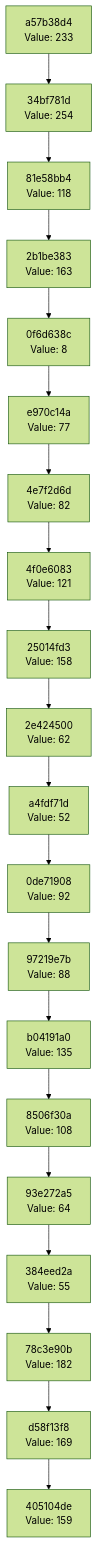
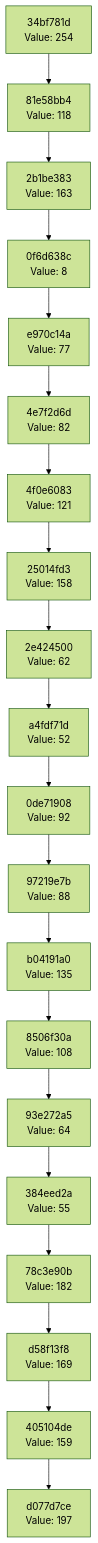
The diagram in docs/CHAIN_VISUALIZATION.md (Abhisheksinha1506/hash-chain-evolver), drawn with Mermaid (forest theme) before and after one commit. The commit also changed 2 other files, not shown here.

Commit message:
Evolution step: hash 0xC5 → action executed

````diff
--- a/docs/CHAIN_VISUALIZATION.md
+++ b/docs/CHAIN_VISUALIZATION.md
@@ -3,42 +3,42 @@
 ```mermaid
 graph TD
-    C0["405104de<br/>Value: 159"]
-    C1["d58f13f8<br/>Value: 169"]
+    C0["d077d7ce<br/>Value: 197"]
+    C1["405104de<br/>Value: 159"]
     C1 --> C0
-    C2["78c3e90b<br/>Value: 182"]
+    C2["d58f13f8<br/>Value: 169"]
     C2 --> C1
-    C3["384eed2a<br/>Value: 55"]
+    C3["78c3e90b<br/>Value: 182"]
     C3 --> C2
-    C4["93e272a5<br/>Value: 64"]
+    C4["384eed2a<br/>Value: 55"]
     C4 --> C3
-    C5["8506f30a<br/>Value: 108"]
+    C5["93e272a5<br/>Value: 64"]
     C5 --> C4
-    C6["b04191a0<br/>Value: 135"]
+    C6["8506f30a<br/>Value: 108"]
     C6 --> C5
-    C7["97219e7b<br/>Value: 88"]
+    C7["b04191a0<br/>Value: 135"]
     C7 --> C6
-    C8["0de71908<br/>Value: 92"]
+    C8["97219e7b<br/>Value: 88"]
     C8 --> C7
-    C9["a4fdf71d<br/>Value: 52"]
+    C9["0de71908<br/>Value: 92"]
     C9 --> C8
-    C10["2e424500<br/>Value: 62"]
+    C10["a4fdf71d<br/>Value: 52"]
     C10 --> C9
-    C11["25014fd3<br/>Value: 158"]
+    C11["2e424500<br/>Value: 62"]
     C11 --> C10
-    C12["4f0e6083<br/>Value: 121"]
+    C12["25014fd3<br/>Value: 158"]
     C12 --> C11
-    C13["4e7f2d6d<br/>Value: 82"]
+    C13["4f0e6083<br/>Value: 121"]
     C13 --> C12
-    C14["e970c14a<br/>Value: 77"]
+    C14["4e7f2d6d<br/>Value: 82"]
     C14 --> C13
-    C15["0f6d638c<br/>Value: 8"]
+    C15["e970c14a<br/>Value: 77"]
     C15 --> C14
-    C16["2b1be383<br/>Value: 163"]
+    C16["0f6d638c<br/>Value: 8"]
     C16 --> C15
-    C17["81e58bb4<br/>Value: 118"]
+    C17["2b1be383<br/>Value: 163"]
     C17 --> C16
-    C18["34bf781d<br/>Value: 254"]
+    C18["81e58bb4<br/>Value: 118"]
     C18 --> C17
-    C19["a57b38d4<br/>Value: 233"]
+    C19["34bf781d<br/>Value: 254"]
     C19 --> C18
 ```
````
